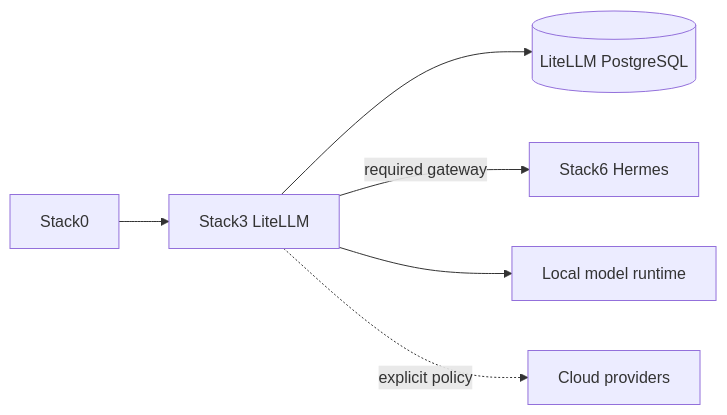
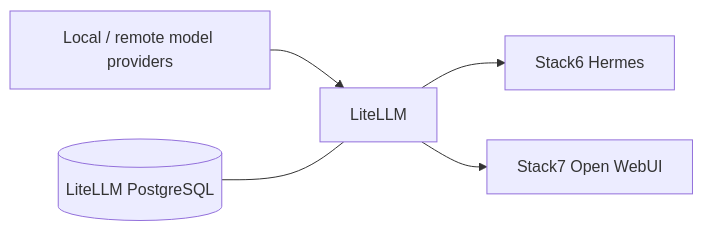
One commit to ea1het/local_hybrid_ai changed the diagram in stack3_-_litellm/README.md. Above: the diagram before and after it, drawn with Mermaid. The commit also changed other lines of this file and 11 other files, not shown here.

Commit message:
Simplify canonical documentation with Mermaid architecture

````diff
--- a/stack3_-_litellm/README.md
+++ b/stack3_-_litellm/README.md
@@ -7,8 +5,7 @@
 ```mermaid
 flowchart LR
-  S0[Stack0] --> S3[Stack3 LiteLLM]
-  S3 --> PG[(LiteLLM PostgreSQL)]
-  S3 -->|required gateway| S6[Stack6 Hermes]
-  S3 --> LOCAL[Local model runtime]
-  S3 -. explicit policy .-> CLOUD[Cloud providers]
+    Models[Local / remote model providers] --> LiteLLM
+    LiteLLM --> Hermes[Stack6 Hermes]
+    LiteLLM --> WebUI[Stack7 Open WebUI]
+    PostgreSQL[(LiteLLM PostgreSQL)] --- LiteLLM
 ```
````
